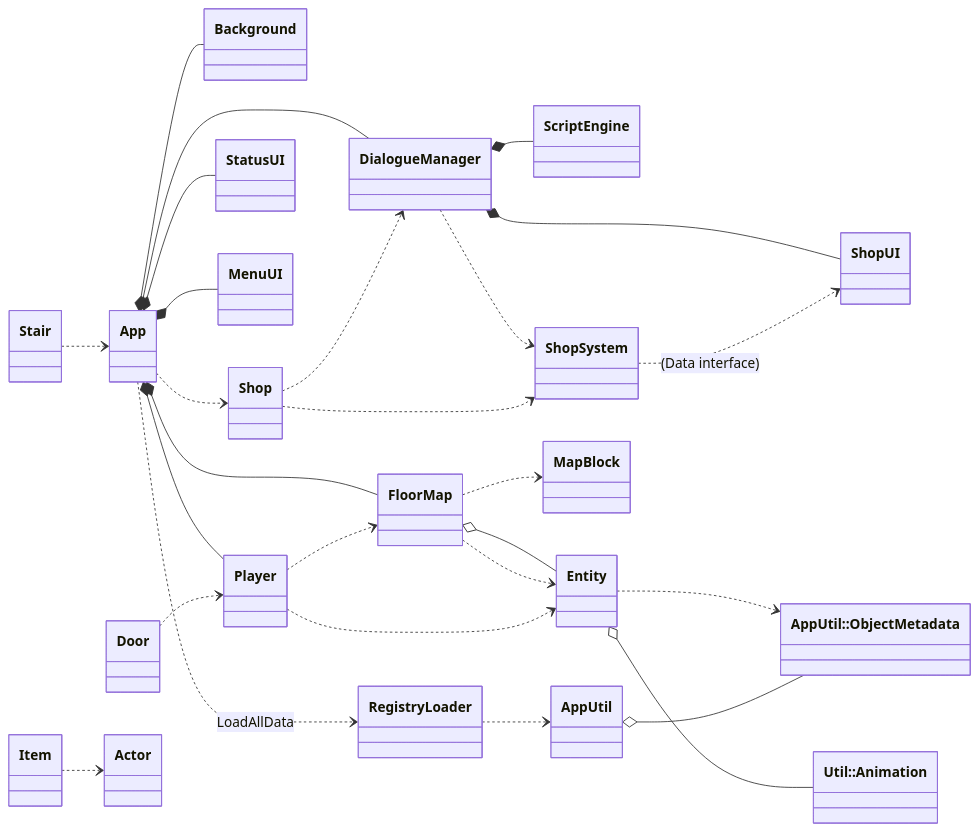
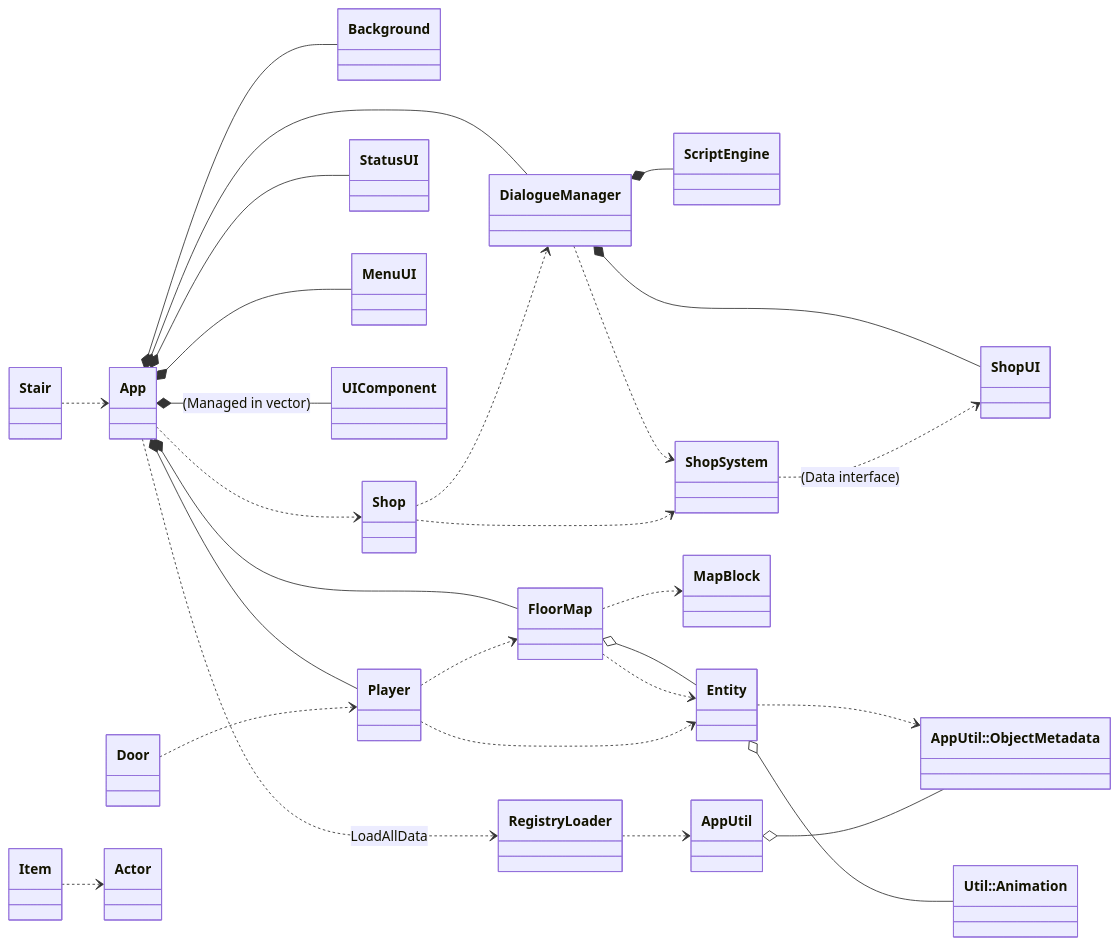
Before and after one commit to XWJWPIY/schoolwork_recreate_magic_tower: the fourth of 4 diagrams in Constructure.md, drawn with Mermaid. The commit also changed other lines of this file and 12 other files, not shown here.

Commit message:
refactor: unify UI architecture with UIComponent & migrate Dialogue&Shop

````diff
--- a/Constructure.md
+++ b/Constructure.md
@@ -442,37 +416,38 @@
 ```mermaid
 classDiagram
     direction LR
     class Animation["Util::Animation"]
     class ObjectMetadata["AppUtil::ObjectMetadata"]
 
     App ..> RegistryLoader : LoadAllData
     App *-- Background
     App *-- FloorMap
     App *-- Player
     App *-- StatusUI
     App *-- MenuUI
     App *-- DialogueManager
+    App *-- UIComponent : (Managed in vector)
     App ..> Shop
     DialogueManager *-- ScriptEngine
     DialogueManager *-- ShopUI
     DialogueManager ..> ShopSystem
     ShopSystem ..> ShopUI : (Data interface)
     Shop ..> ShopSystem
 
     FloorMap o-- Entity
     FloorMap ..> MapBlock
     FloorMap ..> Entity
 
     Entity o-- Animation
     Entity ..> ObjectMetadata
 
     Player ..> FloorMap
     Player ..> Entity
     Shop ..> DialogueManager
     Door ..> Player
     Item ..> Actor
     Stair ..> App
 
     RegistryLoader ..> AppUtil
     AppUtil o-- ObjectMetadata
 ```
````
